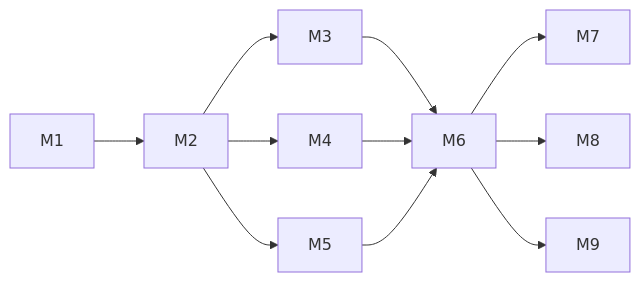
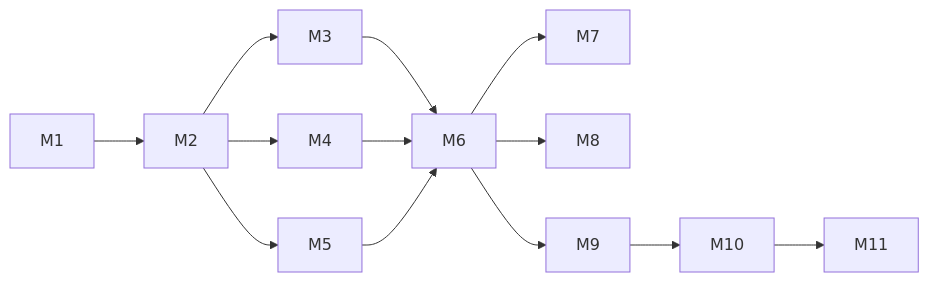
Before and after one commit to 7etsuo/anvil: the diagram in anvil/docs/design/20_FULL_TASK_BREAKDOWN.md, drawn with Mermaid. The commit also changed other lines of this file and 84 other files, not shown here.

````diff
--- a/anvil/docs/design/20_FULL_TASK_BREAKDOWN.md
+++ b/anvil/docs/design/20_FULL_TASK_BREAKDOWN.md
@@ -173,13 +216,15 @@
 ```mermaid
 flowchart LR
   M1 --> M2
   M2 --> M3
   M2 --> M4
   M2 --> M5
   M3 --> M6
   M4 --> M6
   M5 --> M6
   M6 --> M7
   M6 --> M8
   M6 --> M9
+  M9 --> M10
+  M10 --> M11
 ```
````
